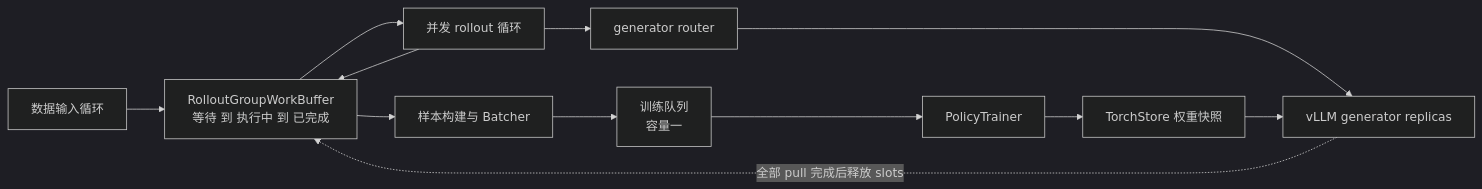
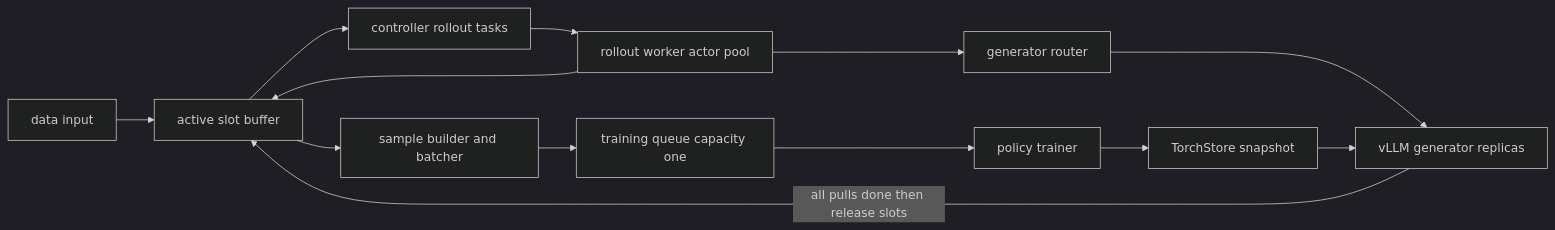
Before and after one commit to suhaibo666/llm-knowledge: the diagram in wiki/02_engineering/04_posttrain_frameworks/10_rl_ppo_loss_and_grpo_analysis.md, drawn with Mermaid (dark theme). The commit also changed other lines of this file and 28 other files, not shown here.

````diff
--- a/wiki/02_engineering/04_posttrain_frameworks/10_rl_ppo_loss_and_grpo_analysis.md
+++ b/wiki/02_engineering/04_posttrain_frameworks/10_rl_ppo_loss_and_grpo_analysis.md
@@ -16,14 +42,15 @@
 ```mermaid
 flowchart LR
-    DI["数据输入循环"] --> WB["RolloutGroupWorkBuffer<br/>等待 到 执行中 到 已完成"]
-    WB --> RL["并发 rollout 循环"]
-    RL --> RT["generator router"]
-    RT --> GE["vLLM generator replicas"]
-    RL --> WB
-    WB --> SB["样本构建与 Batcher"]
-    SB --> TQ["训练队列<br/>容量一"]
-    TQ --> TR["PolicyTrainer"]
-    TR --> TS["TorchStore 权重快照"]
-    TS --> GE
-    GE -.->|全部 pull 完成后释放 slots| WB
+    IN["data input"] --> BUF["active slot buffer"]
+    BUF --> CTL["controller rollout tasks"]
+    CTL --> RW["rollout worker actor pool"]
+    RW --> ROUTER["generator router"]
+    ROUTER --> GEN["vLLM generator replicas"]
+    RW --> BUF
+    BUF --> PACK["sample builder and batcher"]
+    PACK --> Q["training queue capacity one"]
+    Q --> TRAIN["policy trainer"]
+    TRAIN --> STORE["TorchStore snapshot"]
+    STORE --> GEN
+    GEN -->|"all pulls done then release slots"| BUF
 ```
````
